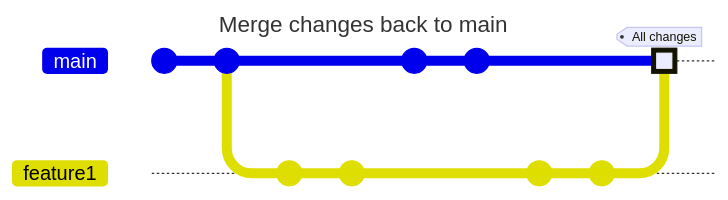
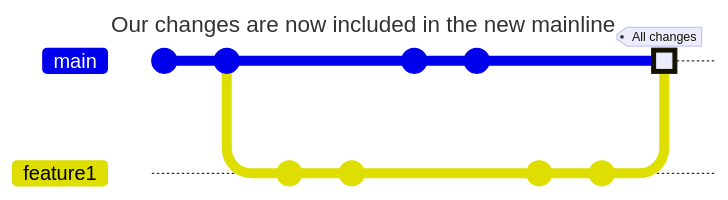
One commit to danielsiegl/ExplainingSmartGit changed the seventh of 7 diagrams in Chapter6.md. Above: the diagram before and after it, drawn with Mermaid. The commit also changed other lines of this file, not shown here. Commit ids are hidden.

Commit message:
Diagrams didn't show correct headings.

````diff
--- a/Chapter6.md
+++ b/Chapter6.md
@@ -114,20 +115,20 @@
 ```mermaid
 ---
-title: Merge changes back to main
+title: Our changes are now included in the new mainline
 ---
 gitGraph
    commit
    commit
    branch feature1
    checkout feature1
    commit
    commit
    checkout main
    commit
    commit
    checkout feature1
    commit
    commit id: "Changes after review"
    checkout main
    merge feature1 id: "merge" tag: "All changes" type: HIGHLIGHT
 ```
````
